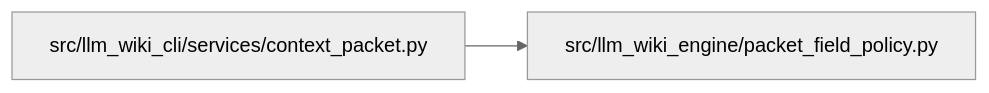
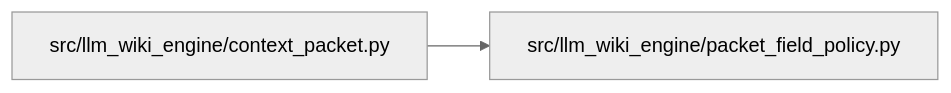
The diagram in docs/llm_wiki/modules/packet_field_policy.md (Denissvgn/python-wiki-llm), drawn with Mermaid (neutral theme) before and after one commit. The commit also changed 577 other files, not shown here.

Commit message:
docs: refresh the wiki for the engine context packet

````diff
--- a/docs/llm_wiki/modules/packet_field_policy.md
+++ b/docs/llm_wiki/modules/packet_field_policy.md
@@ -26,8 +26,8 @@
 ```mermaid
 flowchart LR
-    n0["src/llm_wiki_cli/services/context_packet.py"]
+    n0["src/llm_wiki_engine/context_packet.py"]
     n1["src/llm_wiki_engine/packet_field_policy.py"]
     n0 --> n1
     click n0 "../modules/context_packet.md"
     click n1 "../modules/packet_field_policy.md"
 ```
````
